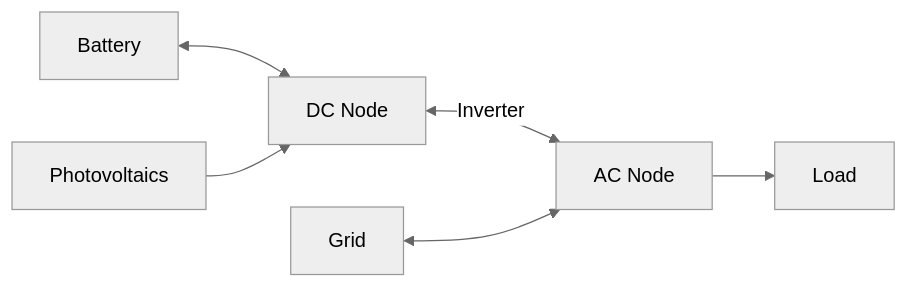
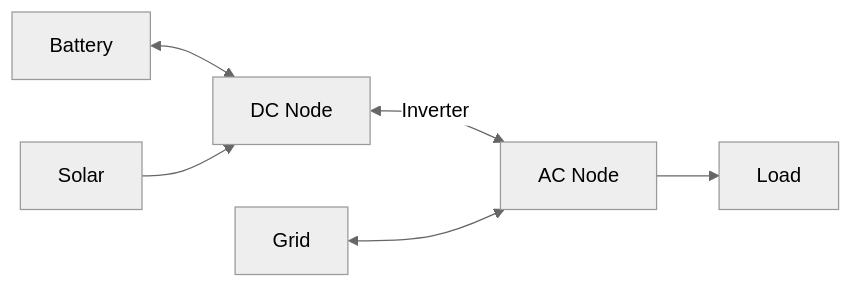
Before and after one commit to hass-energy/haeo: the third of 3 diagrams in docs/user-guide/elements/node.md, drawn with Mermaid (neutral theme). The commit also changed 47 other files, not shown here.

Commit message:
Rename photovoltaics to solar

````diff
--- a/docs/user-guide/elements/node.md
+++ b/docs/user-guide/elements/node.md
@@ -139,8 +139,8 @@
 ```mermaid
 graph LR
     Battery[Battery] <--> DC[DC Node]
-    Solar[Photovoltaics] --> DC
+    Solar[Solar] --> DC
     DC <-->|Inverter| AC[AC Node]
     Grid[Grid] <--> AC
     AC --> Load[Load]
 ```
````
